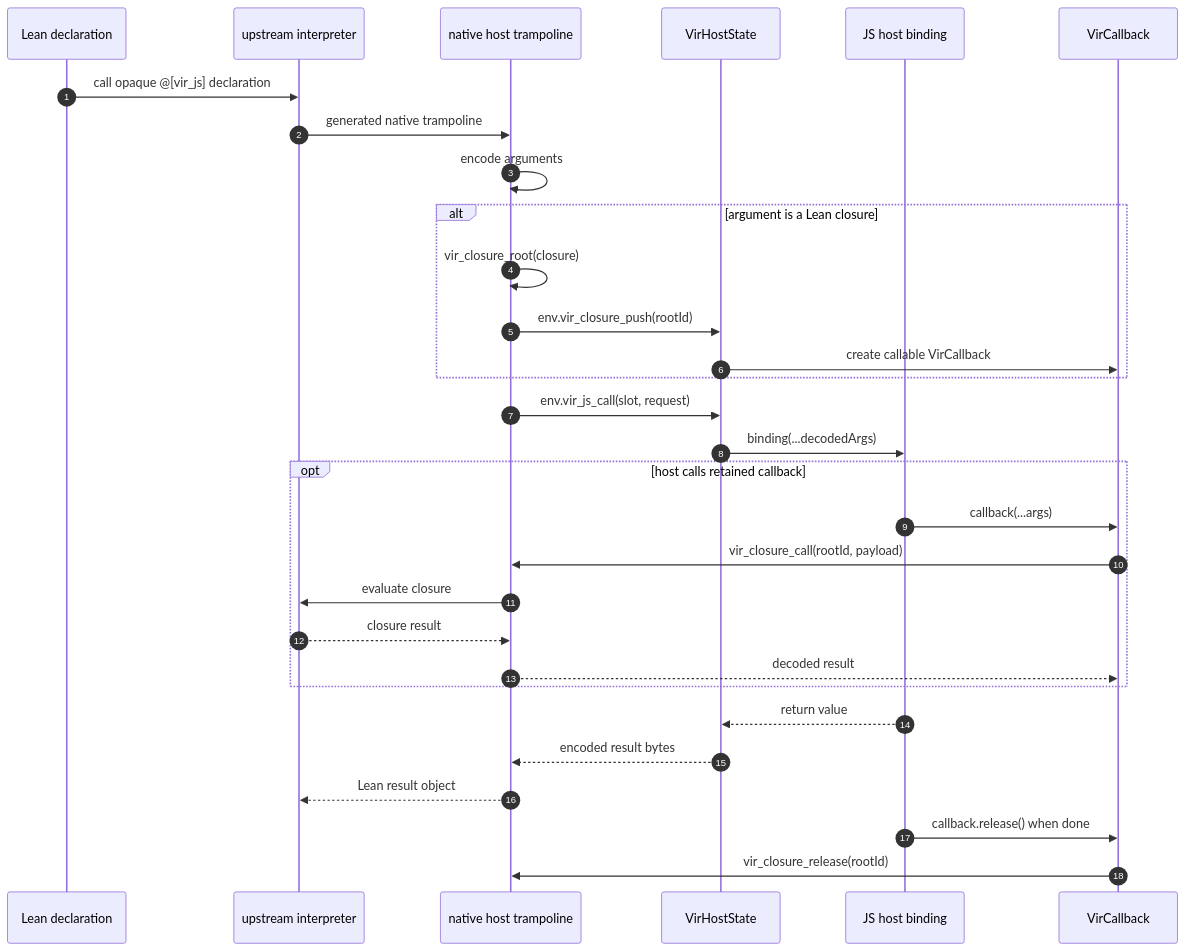
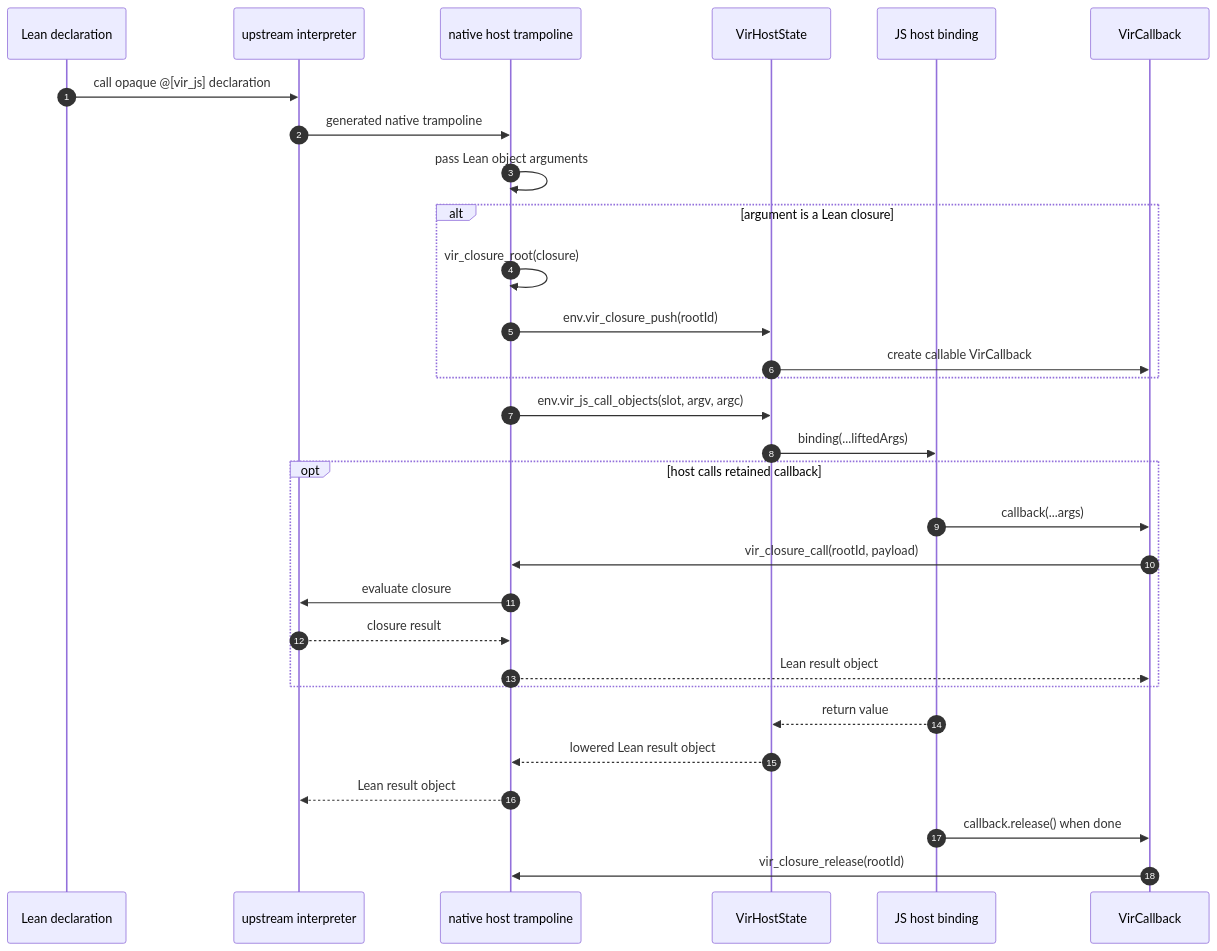
The second of 5 diagrams in docs/DEVELOPER_GUIDE.md (ejgallego/lean-vir), drawn with Mermaid before and after one commit. The commit also changed other lines of this file and 10 other files, not shown here.

````diff
--- a/docs/DEVELOPER_GUIDE.md
+++ b/docs/DEVELOPER_GUIDE.md
@@ -93,33 +95,33 @@
 ```mermaid
 sequenceDiagram
     autonumber
     participant Lean as Lean declaration
     participant IR as upstream interpreter
     participant Shim as native host trampoline
     participant Host as VirHostState
     participant JS as JS host binding
     participant Callback as VirCallback
 
     Lean->>IR: call opaque @[vir_js] declaration
     IR->>Shim: generated native trampoline
-    Shim->>Shim: encode arguments
+    Shim->>Shim: pass Lean object arguments
     alt argument is a Lean closure
         Shim->>Shim: vir_closure_root(closure)
         Shim->>Host: env.vir_closure_push(rootId)
         Host->>Callback: create callable VirCallback
     end
-    Shim->>Host: env.vir_js_call(slot, request)
-    Host->>JS: binding(...decodedArgs)
+    Shim->>Host: env.vir_js_call_objects(slot, argv, argc)
+    Host->>JS: binding(...liftedArgs)
     opt host calls retained callback
         JS->>Callback: callback(...args)
         Callback->>Shim: vir_closure_call(rootId, payload)
         Shim->>IR: evaluate closure
         IR-->>Shim: closure result
-        Shim-->>Callback: decoded result
+        Shim-->>Callback: Lean result object
     end
     JS-->>Host: return value
-    Host-->>Shim: encoded result bytes
+    Host-->>Shim: lowered Lean result object
     Shim-->>IR: Lean result object
     JS->>Callback: callback.release() when done
     Callback->>Shim: vir_closure_release(rootId)
 ```
````
